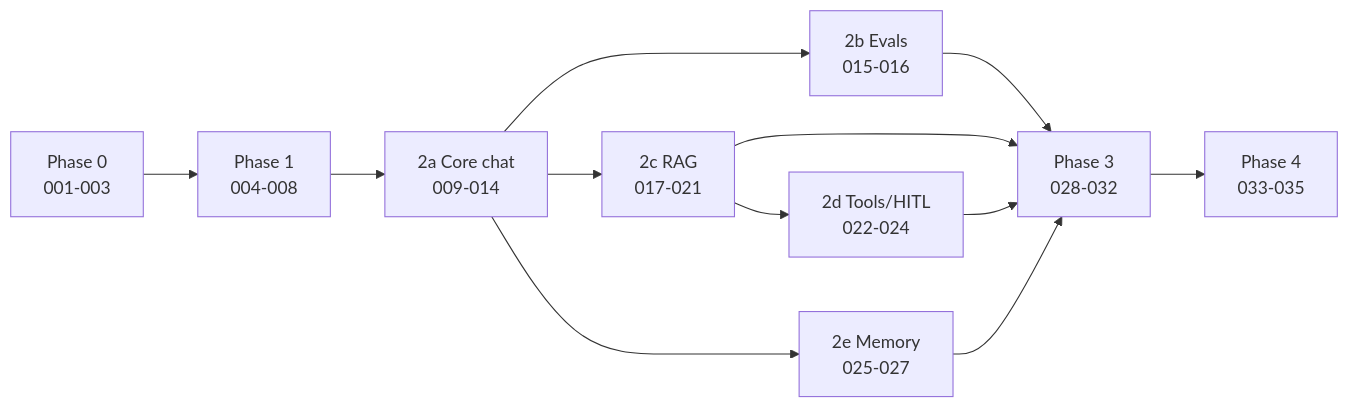
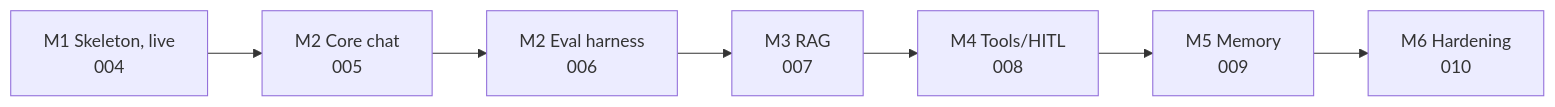
Before and after one commit to dinesh24murali/nexus-ai: the diagram in docs/02_outputs/05_implementation_plan.md, drawn with Mermaid. The commit also changed other lines of this file and 35 other files, not shown here.

````diff
--- a/docs/02_outputs/05_implementation_plan.md
+++ b/docs/02_outputs/05_implementation_plan.md
@@ -303,11 +323,9 @@
 ```mermaid
 flowchart LR
-  P0[Phase 0<br/>001-003] --> P1[Phase 1<br/>004-008]
-  P1 --> A[2a Core chat<br/>009-014]
-  A --> B[2b Evals<br/>015-016]
-  A --> C[2c RAG<br/>017-021]
-  C --> D[2d Tools/HITL<br/>022-024]
-  A --> E[2e Memory<br/>025-027]
-  B & C & D & E --> P3[Phase 3<br/>028-032]
-  P3 --> P4[Phase 4<br/>033-035]
+  M1[M1 Skeleton, live<br/>004] --> CC[M2 Core chat<br/>005]
+  CC --> EV[M2 Eval harness<br/>006]
+  EV --> R[M3 RAG<br/>007]
+  R --> T[M4 Tools/HITL<br/>008]
+  T --> MEM[M5 Memory<br/>009]
+  MEM --> H[M6 Hardening<br/>010]
 ```
````
